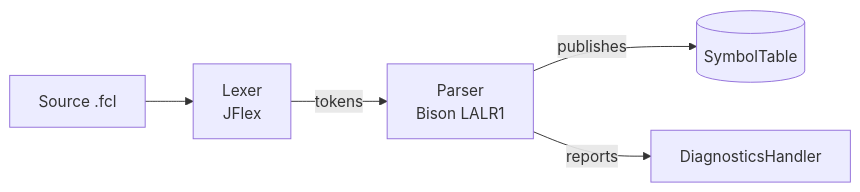
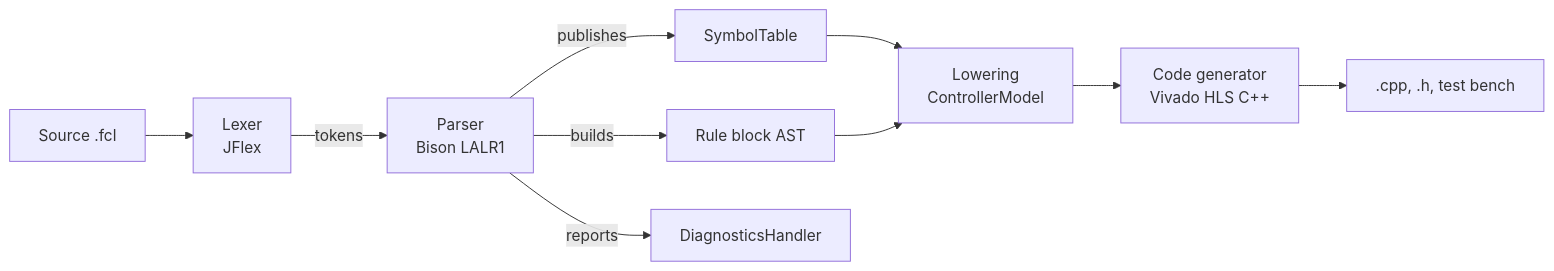
Before and after one commit to PascalUser/FLC-IEC61131-7: the diagram in README.md, drawn with Mermaid. The commit also changed other lines of this file and 47 other files, not shown here.

````diff
--- a/README.md
+++ b/README.md
@@ -72,9 +84,12 @@
 ```mermaid
 flowchart LR
-    SRC[Source .fcl] --> LEX[Lexer
-JFlex]
-    LEX -- tokens --> PAR[Parser
-Bison LALR1]
-    PAR -- publishes --> ST[(SymbolTable)]
+    SRC[Source .fcl] --> LEX[Lexer<br/>JFlex]
+    LEX -- tokens --> PAR[Parser<br/>Bison LALR1]
+    PAR -- publishes --> ST[SymbolTable]
+    PAR -- builds --> AST[Rule block AST]
     PAR -- reports --> DIAG[DiagnosticsHandler]
+    ST --> LOW[Lowering<br/>ControllerModel]
+    AST --> LOW
+    LOW --> GEN[Code generator<br/>Vivado HLS C++]
+    GEN --> OUT[.cpp, .h, test bench]
 ```
````
